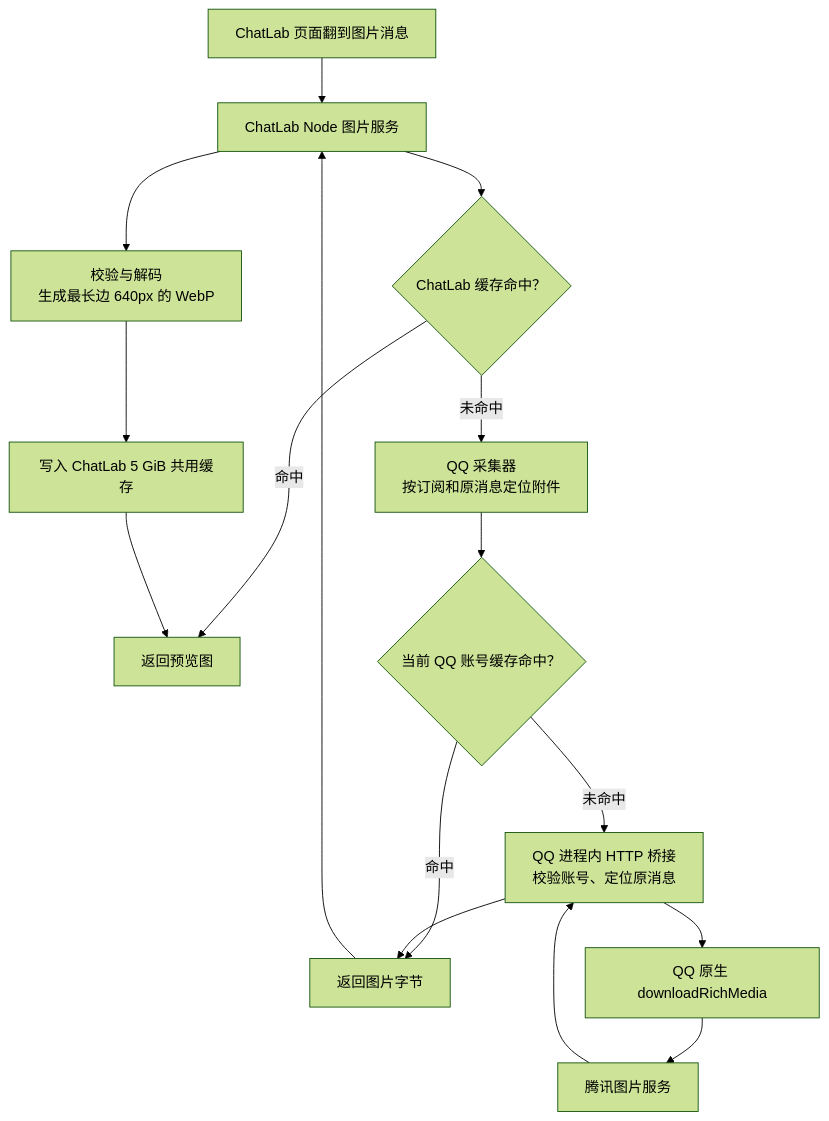
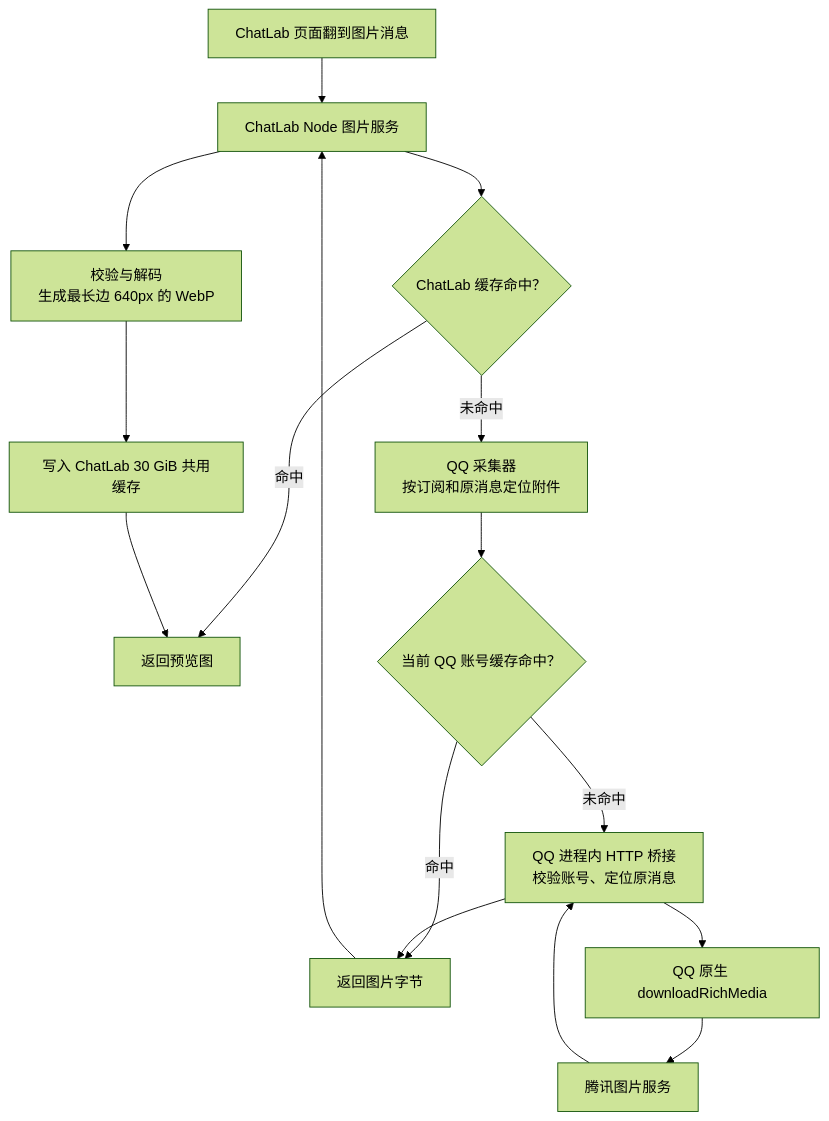
Before and after one commit to bufferducky/ChatLab: the first of 3 diagrams in integrations/qq/IMAGE_BRIDGE_API.md, drawn with Mermaid (forest theme). The commit also changed other lines of this file and 7 other files, not shown here.

````diff
--- a/integrations/qq/IMAGE_BRIDGE_API.md
+++ b/integrations/qq/IMAGE_BRIDGE_API.md
@@ -24,18 +24,18 @@
 ```mermaid
 flowchart TD
     U["ChatLab 页面翻到图片消息"] --> N["ChatLab Node 图片服务"]
     N --> C{"ChatLab 缓存命中？"}
     C -->|命中| V["返回预览图"]
     C -->|未命中| P["QQ 采集器<br/>按订阅和原消息定位附件"]
     P --> Q{"当前 QQ 账号缓存命中？"}
     Q -->|命中| B["返回图片字节"]
     Q -->|未命中| H["QQ 进程内 HTTP 桥接<br/>校验账号、定位原消息"]
     H --> D["QQ 原生 downloadRichMedia"]
     D --> S["腾讯图片服务"]
     S --> H
     H --> B
     B --> N
     N --> W["校验与解码<br/>生成最长边 640px 的 WebP"]
-    W --> K["写入 ChatLab 5 GiB 共用缓存"]
+    W --> K["写入 ChatLab 30 GiB 共用缓存"]
     K --> V
 ```
````
